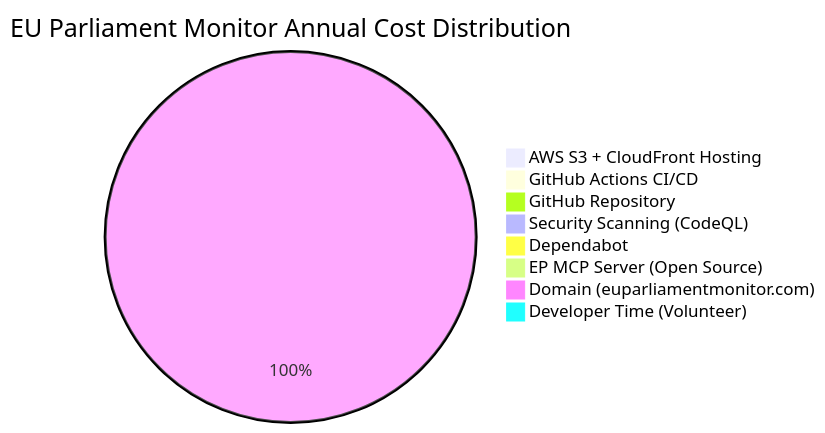
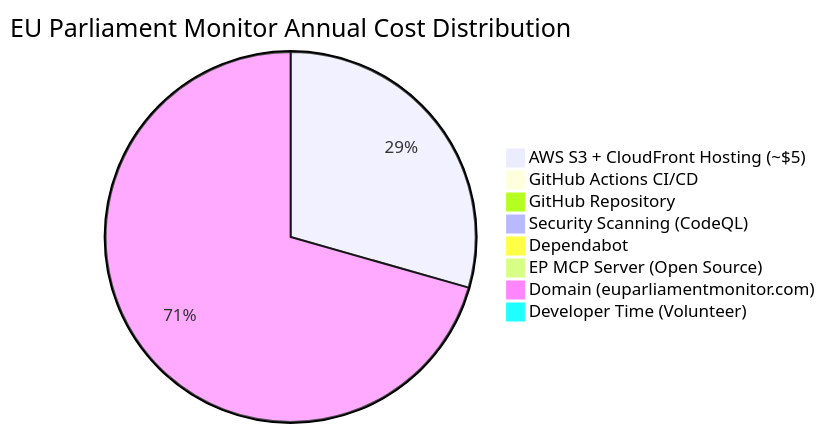
One commit to Hack23/euparliamentmonitor changed the first of 4 diagrams in FinancialSecurityPlan.md. Above: the diagram before and after it, drawn with Mermaid. The commit also changed other lines of this file and 2 other files, not shown here.

Commit message:
Apply review feedback round 5: align pie chart with AWS cost, fix RTO in EOL and ISO 22301, split Node.js 28 Gantt entries, update succession planning, improve failover automation docs
End-of-Life-Strategy.md:
- Aligned RTO from 4hrs to 2hrs matching BCPPlan.md critical threshold
- Split Node.js 28 Gantt entry into separate Current (Apr-Sep) and LTS (Oct-2031) periods
- Updated Technology Succession Planning table: AWS S3+CloudFront primary, GitHub Pages fallback

BCPPlan.md:
- Updated ISO 22301 clause 6.2 from RTO ≤ 4h to RTO ≤ 2h
- Improved failover procedure to prefer automated workflow_dispatch over manual click-ops
- Added emergency-only manual exception clause with incident-log documentation requirement
- Updated IaC section: fallback via automated workflow, emergency console changes must be logged and reverted

FinancialSecurityPlan.md:
- Aligned pie chart with cost table: AWS hosting ~$5 (was 0)
- Clarified github.io as fallback endpoint, not primary production hosting

````diff
--- a/FinancialSecurityPlan.md
+++ b/FinancialSecurityPlan.md
@@ -67,11 +67,11 @@
 ```mermaid
 pie title EU Parliament Monitor Annual Cost Distribution
-    "AWS S3 + CloudFront Hosting" : 0
+    "AWS S3 + CloudFront Hosting (~$5)" : 5
     "GitHub Actions CI/CD" : 0
     "GitHub Repository" : 0
     "Security Scanning (CodeQL)" : 0
     "Dependabot" : 0
     "EP MCP Server (Open Source)" : 0
     "Domain (euparliamentmonitor.com)" : 12
     "Developer Time (Volunteer)" : 0
 ```
````
